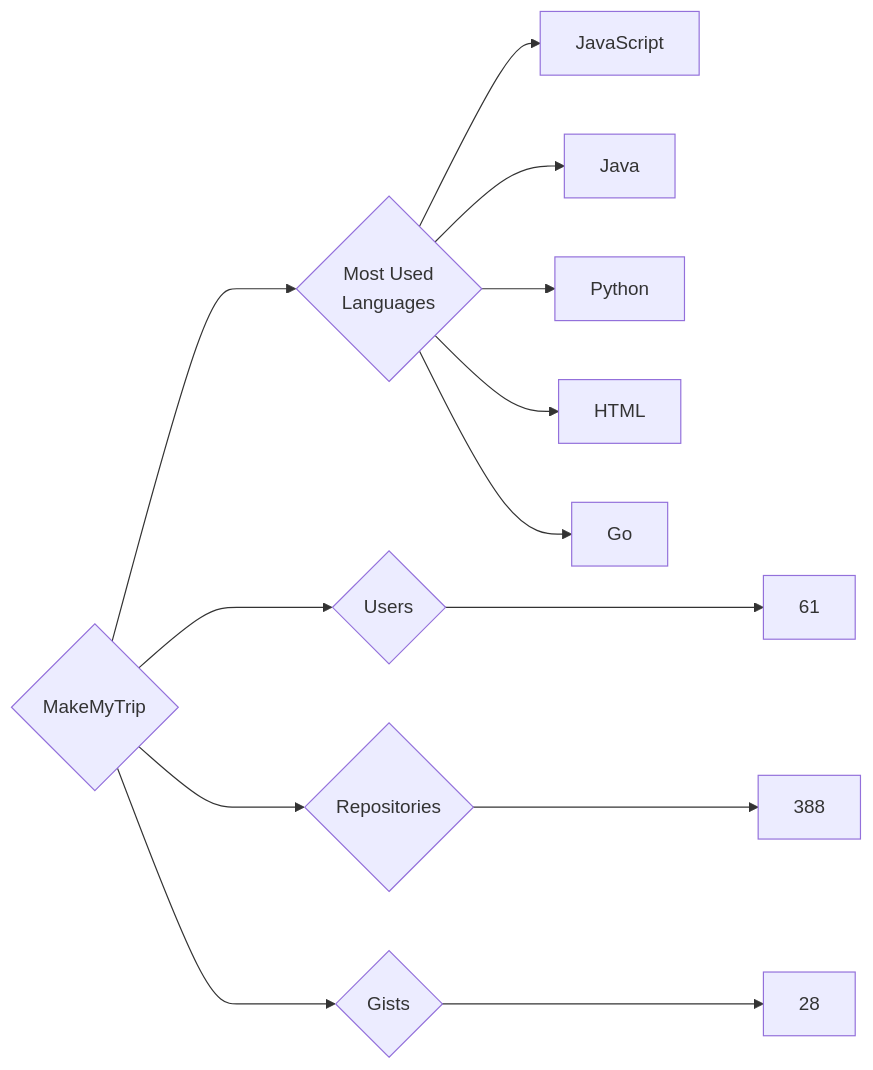
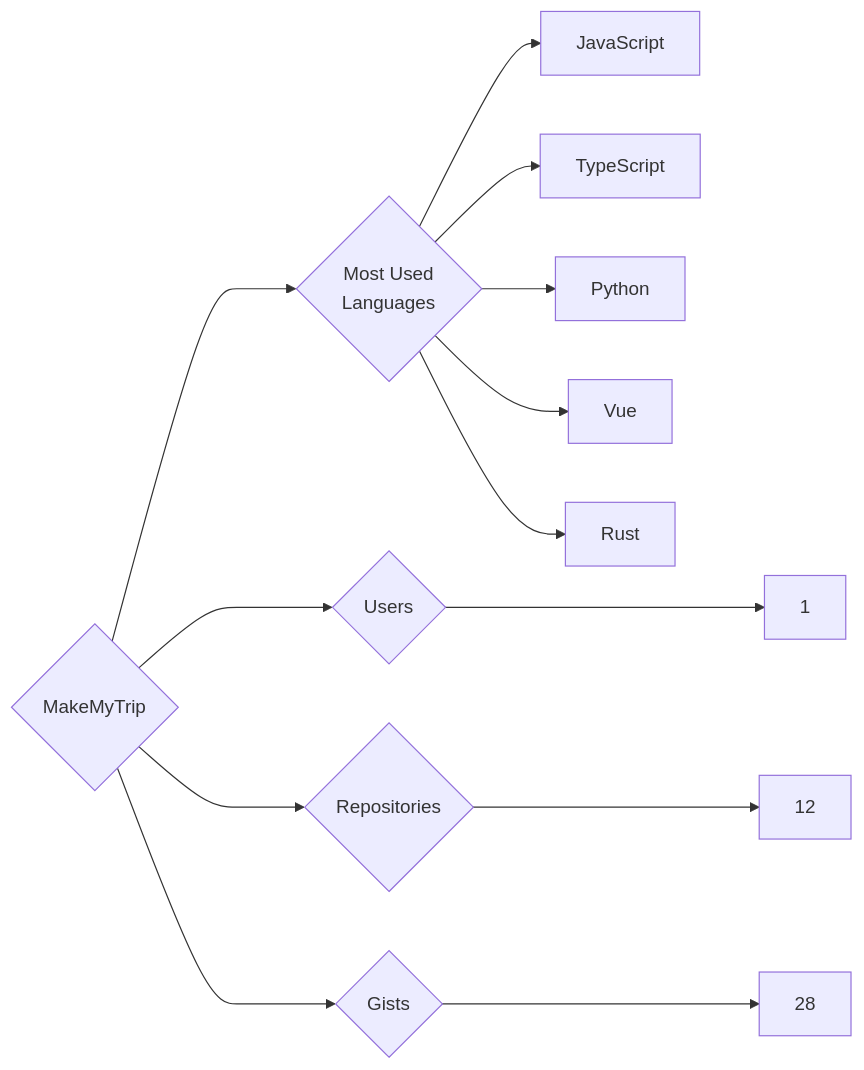
The diagram in targets/MakeMyTrip/README.md (trickest/insiders), drawn with Mermaid before and after one commit. The commit also changed 752 other files, not shown here.

````diff
--- a/targets/MakeMyTrip/README.md
+++ b/targets/MakeMyTrip/README.md
@@ -3,13 +3,13 @@
 ```mermaid
 graph LR
 COMPANY_NAME{MakeMyTrip}
-COMPANY_NAME ---> U{Users} ---> UN[61]
-COMPANY_NAME ---> R{Repositories} ---> RN[388]
+COMPANY_NAME ---> U{Users} ---> UN[1]
+COMPANY_NAME ---> R{Repositories} ---> RN[12]
 COMPANY_NAME ---> G{Gists} ---> GN[28]
 COMPANY_NAME ---> ML{Most Used<br>Languages}
 ML --> JavaScript[JavaScript]
-ML --> Java[Java]
+ML --> TypeScript[TypeScript]
 ML --> Python[Python]
-ML --> HTML[HTML]
-ML --> Go[Go]
+ML --> Vue[Vue]
+ML --> Rust[Rust]
 ```
````
